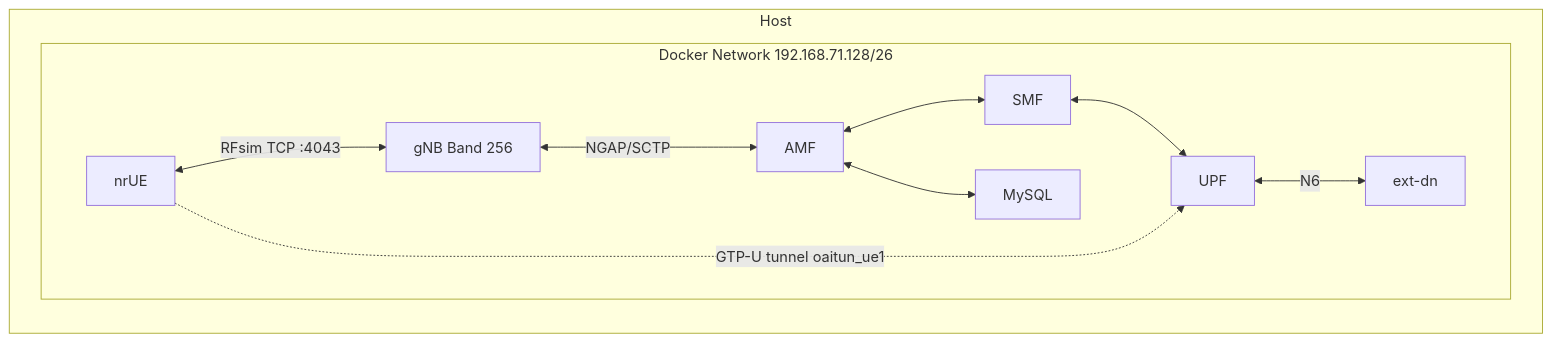
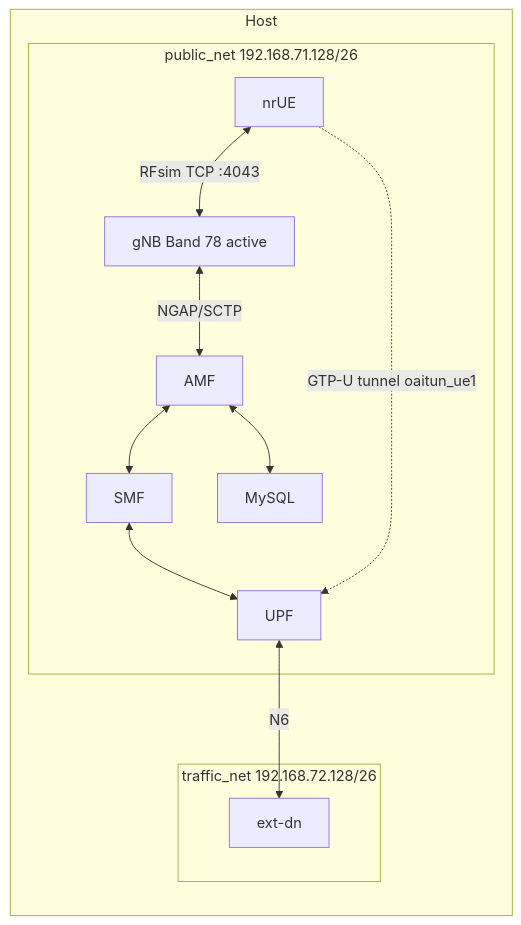
Before and after one commit to IB29TUM/5G-NTN-: the diagram in docs/architecture.md, drawn with Mermaid. The commit also changed other lines of this file and 3 other files, not shown here.

````diff
--- a/docs/architecture.md
+++ b/docs/architecture.md
@@ -9,21 +9,23 @@
 ```mermaid
 flowchart LR
   subgraph host [Host]
-    subgraph docker [Docker Network 192.168.71.128/26]
+    subgraph public_net [public_net 192.168.71.128/26]
       UE[nrUE]
-      gNB[gNB Band 256]
+      gNB[gNB Band 78 active]
       AMF[AMF]
       SMF[SMF]
       UPF[UPF]
       MySQL[MySQL]
+    end
+    subgraph traffic_net [traffic_net 192.168.72.128/26]
       extDN[ext-dn]
     end
   end
   UE <-->|RFsim TCP :4043| gNB
   gNB <-->|NGAP/SCTP| AMF
   AMF <--> SMF
   SMF <--> UPF
   AMF <--> MySQL
   UPF <-->|N6| extDN
   UE -.->|GTP-U tunnel oaitun_ue1| UPF
 ```
````
